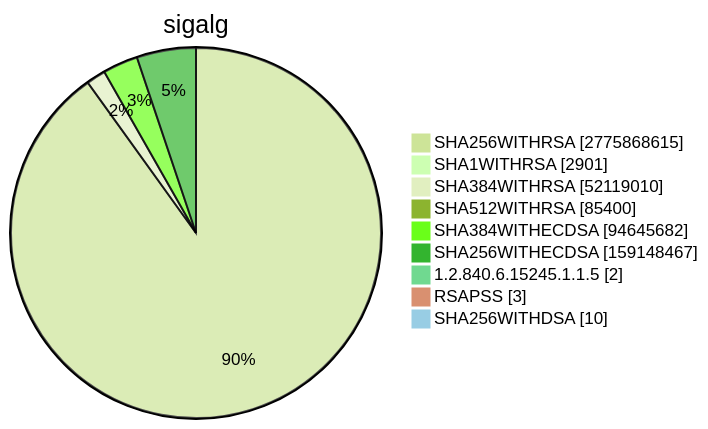
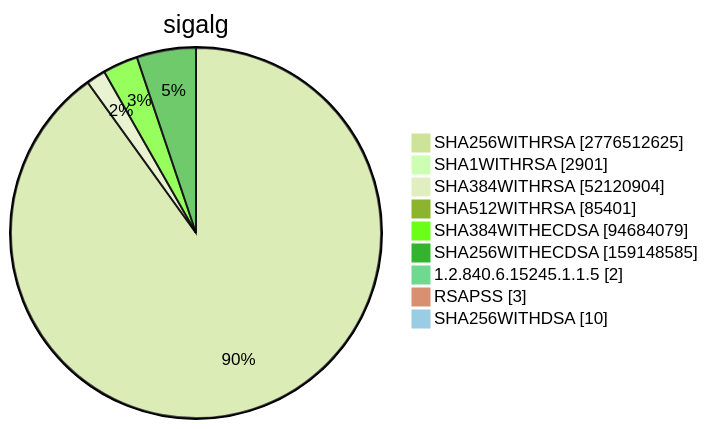
Before and after one commit to christiankrug/ctmonitor_visualization: diagram 15 of 15 in TOTAL/README.md, drawn with Mermaid (forest theme). The commit also changed other lines of this file, not shown here.

````diff
--- a/TOTAL/README.md
+++ b/TOTAL/README.md
@@ -6205,13 +6205,13 @@
 ```mermaid
 pie showData
 title sigalg
-"SHA256WITHRSA" :2775868615
+"SHA256WITHRSA" :2776512625
 "SHA1WITHRSA" :2901
-"SHA384WITHRSA" :52119010
-"SHA512WITHRSA" :85400
-"SHA384WITHECDSA" :94645682
-"SHA256WITHECDSA" :159148467
+"SHA384WITHRSA" :52120904
+"SHA512WITHRSA" :85401
+"SHA384WITHECDSA" :94684079
+"SHA256WITHECDSA" :159148585
 "1.2.840.6.15245.1.1.5" :2
 "RSAPSS" :3
 "SHA256WITHDSA" :10
 ```
````
